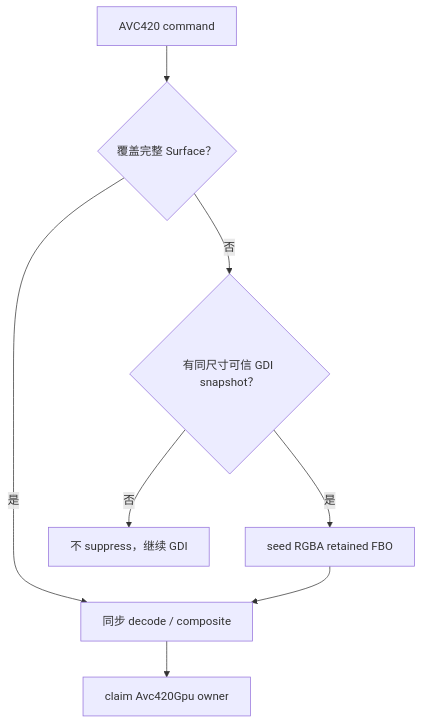
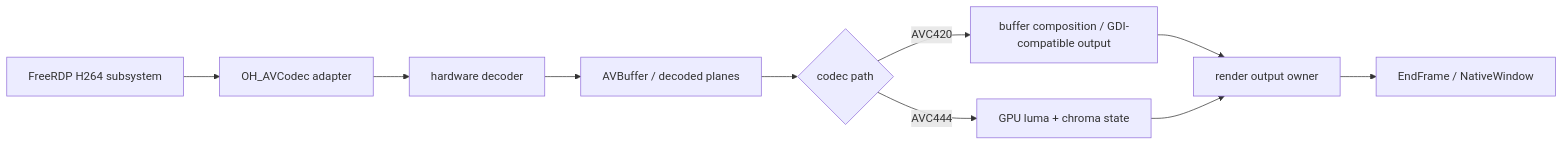
Before and after one commit to xiaomu120413/harmonyos-sdd-ralph-workshop: the ninth of 12 diagrams in harmonyos-sdd-ralph-workshop.md, drawn with Mermaid. The commit also changed other lines of this file and 6 other files, not shown here.

````diff
--- a/harmonyos-sdd-ralph-workshop.md
+++ b/harmonyos-sdd-ralph-workshop.md
@@ -2030,10 +1709,12 @@
 ```mermaid
-flowchart TD
-    A[AVC420 command] --> B{覆盖完整 Surface？}
-    B -- 是 --> C[同步 decode / composite]
-    B -- 否 --> D{有同尺寸可信 GDI snapshot？}
-    D -- 是 --> E[seed RGBA retained FBO]
-    D -- 否 --> F[不 suppress，继续 GDI]
-    E --> C
-    C --> G[claim Avc420Gpu owner]
+flowchart LR
+    A[FreeRDP H264 subsystem] --> B[OH_AVCodec adapter]
+    B --> C[hardware decoder]
+    C --> D[AVBuffer / decoded planes]
+    D --> E{codec path}
+    E -->|AVC420| F[buffer composition / GDI-compatible output]
+    E -->|AVC444| G[GPU luma + chroma state]
+    F --> H[render output owner]
+    G --> H
+    H --> I[EndFrame / NativeWindow]
 ```
````
